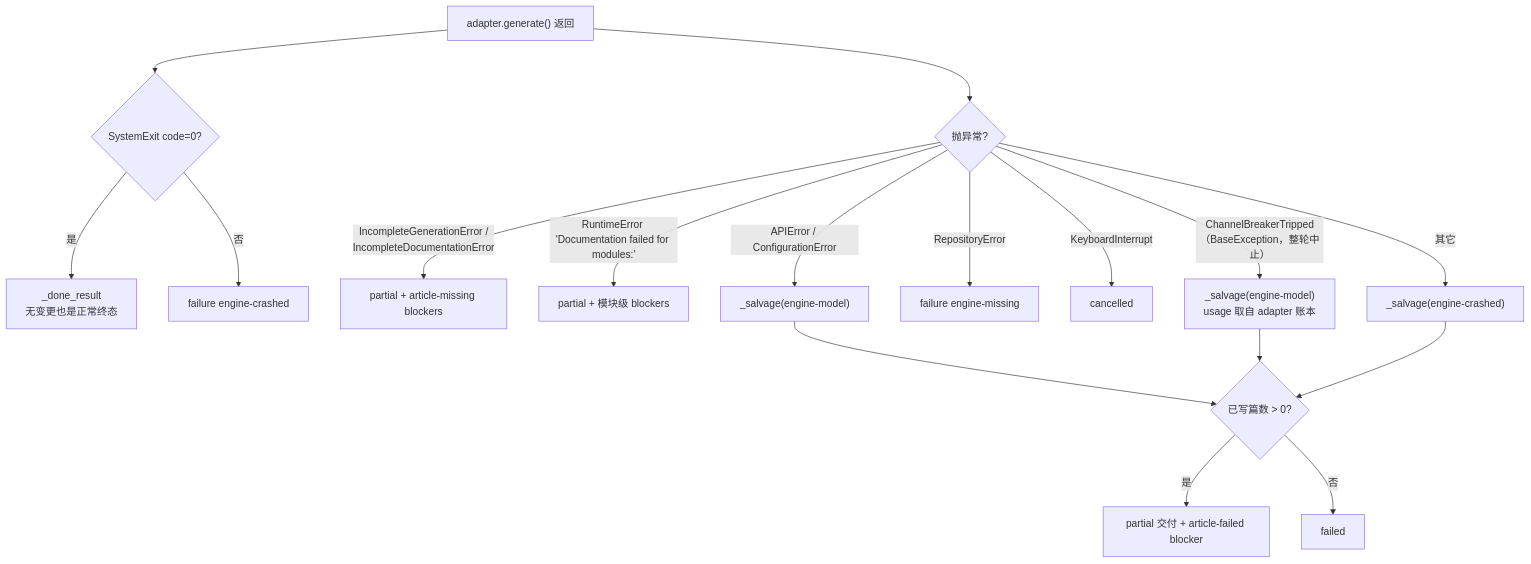
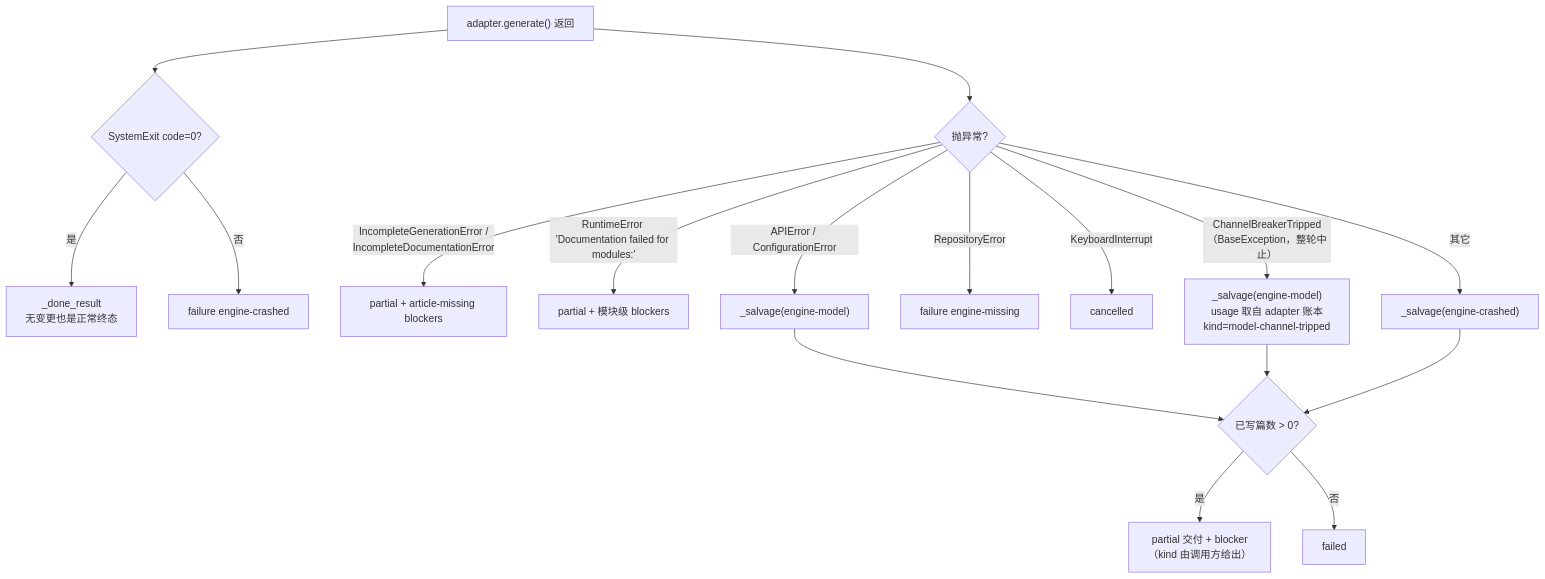
Before and after one commit to ikliml666/dsh-codewiki: the fifth of 12 diagrams in .codewiki/_native-state/docs/Execution_Runtime___Vendored_Engine/engine-python-runtime.md, drawn with Mermaid. The commit also changed other lines of this file and 30 other files, not shown here.

````diff
--- a/.codewiki/_native-state/docs/Execution_Runtime___Vendored_Engine/engine-python-runtime.md
+++ b/.codewiki/_native-state/docs/Execution_Runtime___Vendored_Engine/engine-python-runtime.md
@@ -452,19 +452,19 @@
 ```mermaid
 flowchart TD
     A["adapter.generate() 返回"] --> B{"SystemExit code=0?"}
     B -- 是 --> C["_done_result<br/>无变更也是正常终态"]
     B -- 否 --> D["failure engine-crashed"]
     A --> E{"抛异常?"}
     E -- "IncompleteGenerationError /<br/>IncompleteDocumentationError" --> F["partial + article-missing blockers"]
     E -- "RuntimeError 'Documentation failed for modules:'" --> G["partial + 模块级 blockers"]
     E -- "APIError / ConfigurationError" --> H["_salvage(engine-model)"]
     E -- "RepositoryError" --> I["failure engine-missing"]
     E -- "KeyboardInterrupt" --> J["cancelled"]
-    E -- "ChannelBreakerTripped（BaseException，整轮中止）" --> H2["_salvage(engine-model)<br/>usage 取自 adapter 账本"]
+    E -- "ChannelBreakerTripped（BaseException，整轮中止）" --> H2["_salvage(engine-model)<br/>usage 取自 adapter 账本<br/>kind=model-channel-tripped"]
     E -- 其它 --> K["_salvage(engine-crashed)"]
     H --> L{"已写篇数 > 0?"}
     H2 --> L
     K --> L
-    L -- 是 --> M["partial 交付 + article-failed blocker"]
+    L -- 是 --> M["partial 交付 + blocker<br/>（kind 由调用方给出）"]
     L -- 否 --> N["failed"]
 ```
````
